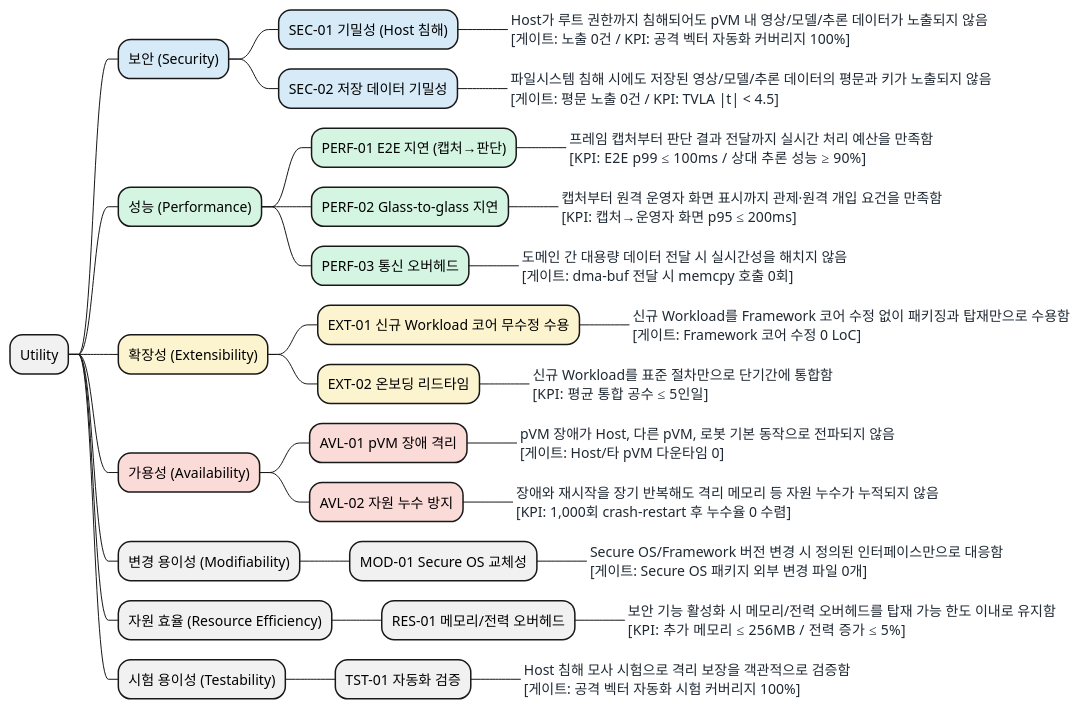
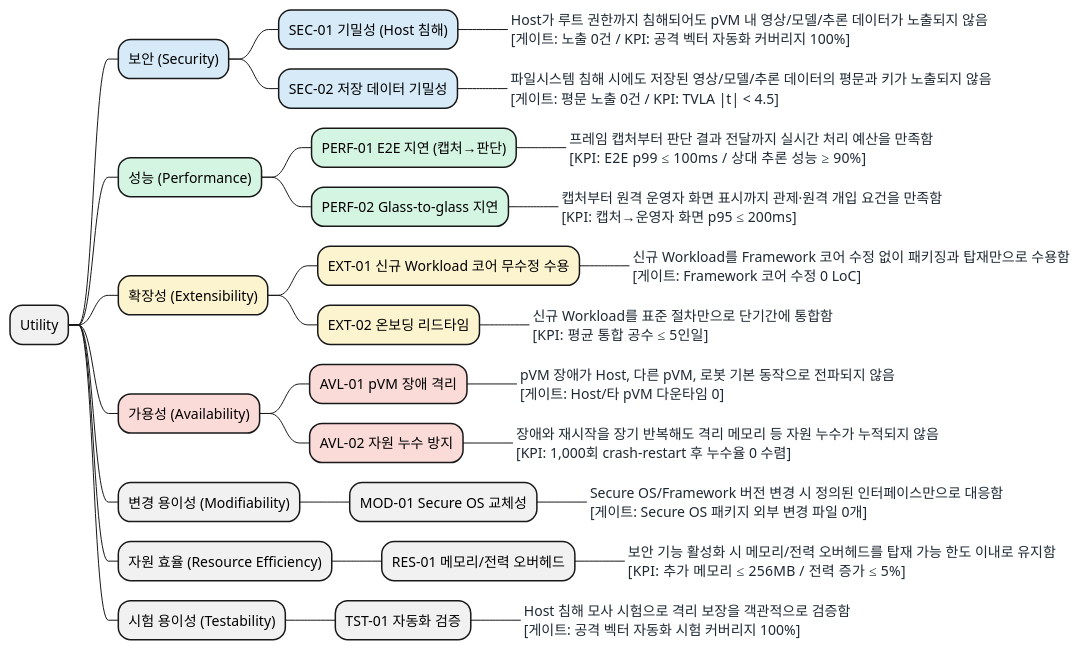
One commit to boram1288/test-p changed the diagram in docs/03_utility_tree.md. Above: the diagram before and after it, drawn with PlantUML. The commit also changed other lines of this file, not shown here.

Commit message:
docs: remove PERF-03 utility content

````diff
--- a/docs/03_utility_tree.md
+++ b/docs/03_utility_tree.md
@@ -27,43 +27,41 @@
 ```plantuml
 @startmindmap
 <style>
 mindmapDiagram {
   boxless {
     FontColor #1F2933
   }
 }
 </style>
 * Utility
 **[#D6EAF8] 보안 (Security)
 ***[#D6EAF8] SEC-01 기밀성 (Host 침해)
 ****_ Host가 루트 권한까지 침해되어도 pVM 내 영상/모델/추론 데이터가 노출되지 않음\n[게이트: 노출 0건 / KPI: 공격 벡터 자동화 커버리지 100%]
 ***[#D6EAF8] SEC-02 저장 데이터 기밀성
 ****_ 파일시스템 침해 시에도 저장된 영상/모델/추론 데이터의 평문과 키가 노출되지 않음\n[게이트: 평문 노출 0건 / KPI: TVLA |t| < 4.5]
 **[#D5F5E3] 성능 (Performance)
 ***[#D5F5E3] PERF-01 E2E 지연 (캡처→판단)
 ****_ 프레임 캡처부터 판단 결과 전달까지 실시간 처리 예산을 만족함\n[KPI: E2E p99 ≤ 100ms / 상대 추론 성능 ≥ 90%]
 ***[#D5F5E3] PERF-02 Glass-to-glass 지연
 ****_ 캡처부터 원격 운영자 화면 표시까지 관제·원격 개입 요건을 만족함\n[KPI: 캡처→운영자 화면 p95 ≤ 200ms]
-***[#D5F5E3] PERF-03 통신 오버헤드
-****_ 도메인 간 대용량 데이터 전달 시 실시간성을 해치지 않음\n[게이트: dma-buf 전달 시 memcpy 호출 0회]
 **[#FCF3CF] 확장성 (Extensibility)
 ***[#FCF3CF] EXT-01 신규 Workload 코어 무수정 수용
 ****_ 신규 Workload를 Framework 코어 수정 없이 패키징과 탑재만으로 수용함\n[게이트: Framework 코어 수정 0 LoC]
 ***[#FCF3CF] EXT-02 온보딩 리드타임
 ****_ 신규 Workload를 표준 절차만으로 단기간에 통합함\n[KPI: 평균 통합 공수 ≤ 5인일]
 **[#FADBD8] 가용성 (Availability)
 ***[#FADBD8] AVL-01 pVM 장애 격리
 ****_ pVM 장애가 Host, 다른 pVM, 로봇 기본 동작으로 전파되지 않음\n[게이트: Host/타 pVM 다운타임 0]
 ***[#FADBD8] AVL-02 자원 누수 방지
 ****_ 장애와 재시작을 장기 반복해도 격리 메모리 등 자원 누수가 누적되지 않음\n[KPI: 1,000회 crash-restart 후 누수율 0 수렴]
 ** 변경 용이성 (Modifiability)
 *** MOD-01 Secure OS 교체성
 ****_ Secure OS/Framework 버전 변경 시 정의된 인터페이스만으로 대응함\n[게이트: Secure OS 패키지 외부 변경 파일 0개]
 ** 자원 효율 (Resource Efficiency)
 *** RES-01 메모리/전력 오버헤드
 ****_ 보안 기능 활성화 시 메모리/전력 오버헤드를 탑재 가능 한도 이내로 유지함\n[KPI: 추가 메모리 ≤ 256MB / 전력 증가 ≤ 5%]
 ** 시험 용이성 (Testability)
 *** TST-01 자동화 검증
 ****_ Host 침해 모사 시험으로 격리 보장을 객관적으로 검증함\n[게이트: 공격 벡터 자동화 시험 커버리지 100%]
 @endmindmap
 ```
````
